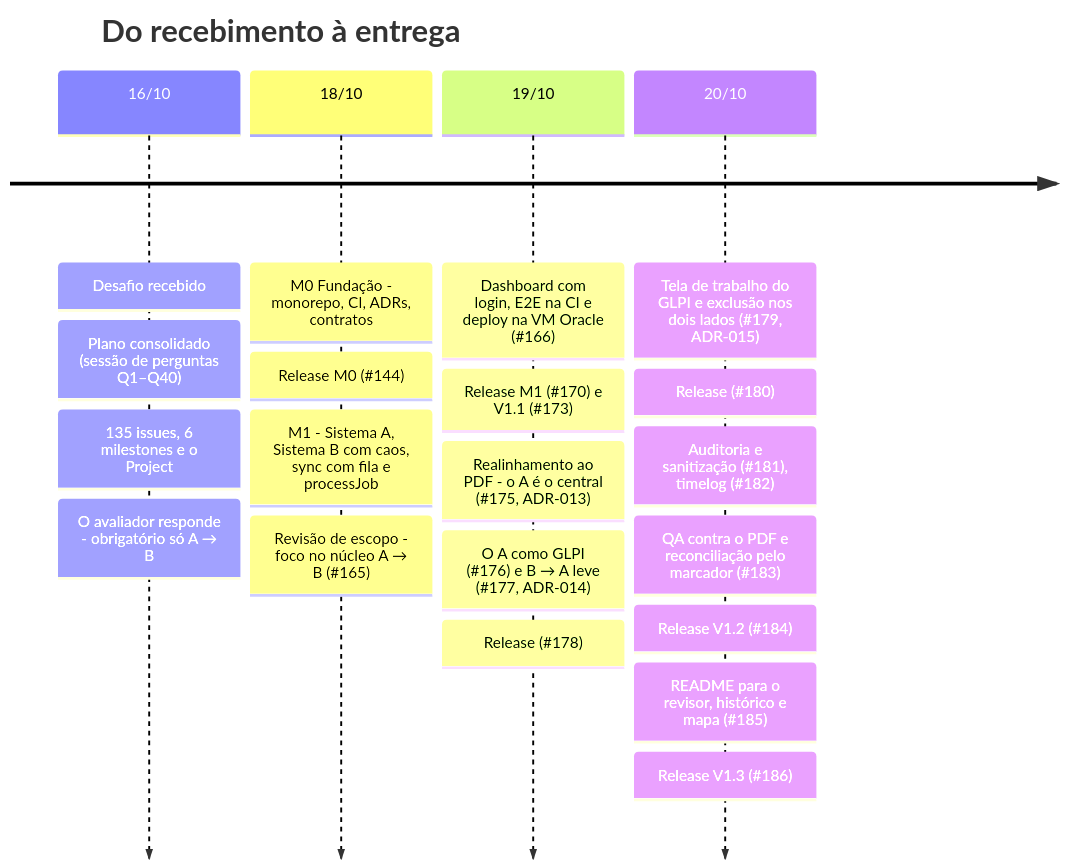
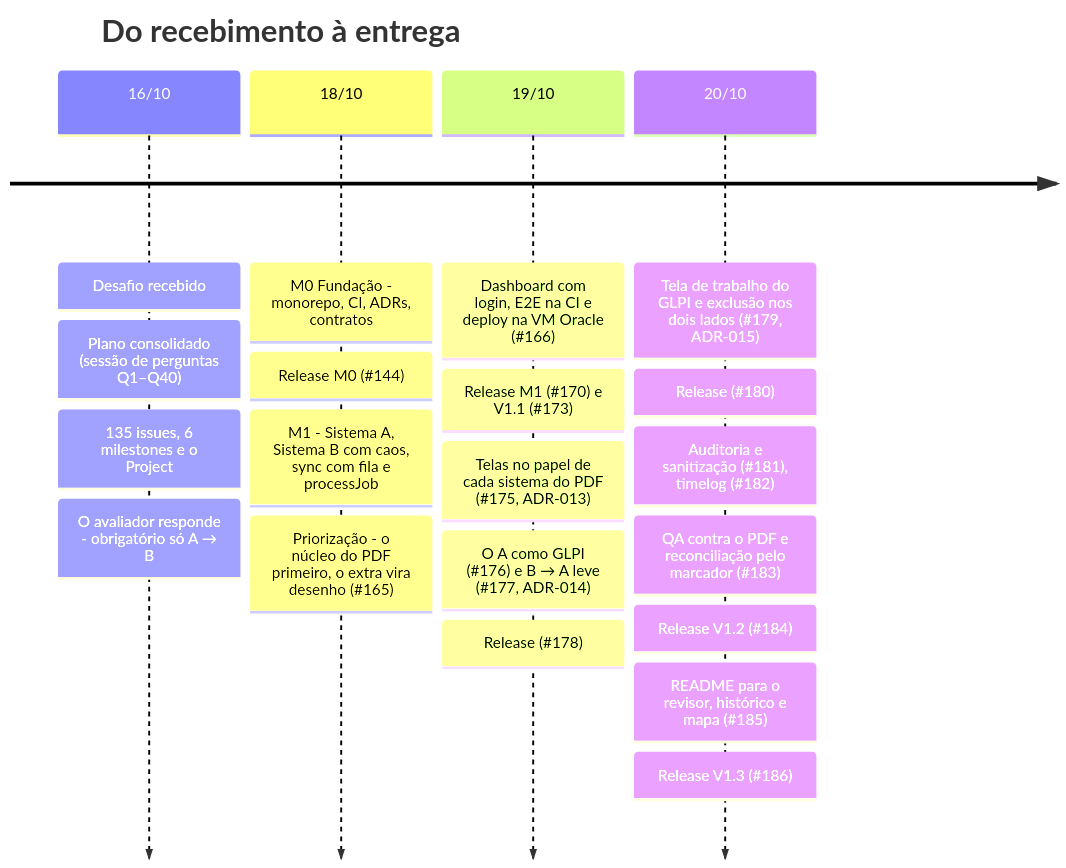
One commit to BossBurgues/desafiotecCyberCorp changed the diagram in docs/historico.md. Above: the diagram before and after it, drawn with Mermaid. The commit also changed other lines of this file and 3 other files, not shown here.

First line of the commit message:
docs: glossário de siglas e termos; histórico explica o escopo ampliado de propósito e a priorização

````diff
--- a/docs/historico.md
+++ b/docs/historico.md
@@ -22,24 +33,24 @@
 ```mermaid
 timeline
     title Do recebimento à entrega
     16/10 : Desafio recebido
           : Plano consolidado (sessão de perguntas Q1–Q40)
           : 135 issues, 6 milestones e o Project
           : O avaliador responde - obrigatório só A → B
     18/10 : M0 Fundação - monorepo, CI, ADRs, contratos
           : Release M0 (#144)
           : M1 - Sistema A, Sistema B com caos, sync com fila e processJob
-          : Revisão de escopo - foco no núcleo A → B (#165)
+          : Priorização - o núcleo do PDF primeiro, o extra vira desenho (#165)
     19/10 : Dashboard com login, E2E na CI e deploy na VM Oracle (#166)
           : Release M1 (#170) e V1.1 (#173)
-          : Realinhamento ao PDF - o A é o central (#175, ADR-013)
+          : Telas no papel de cada sistema do PDF (#175, ADR-013)
           : O A como GLPI (#176) e B → A leve (#177, ADR-014)
           : Release (#178)
     20/10 : Tela de trabalho do GLPI e exclusão nos dois lados (#179, ADR-015)
           : Release (#180)
           : Auditoria e sanitização (#181), timelog (#182)
           : QA contra o PDF e reconciliação pelo marcador (#183)
           : Release V1.2 (#184)
           : README para o revisor, histórico e mapa (#185)
           : Release V1.3 (#186)
 ```
````
